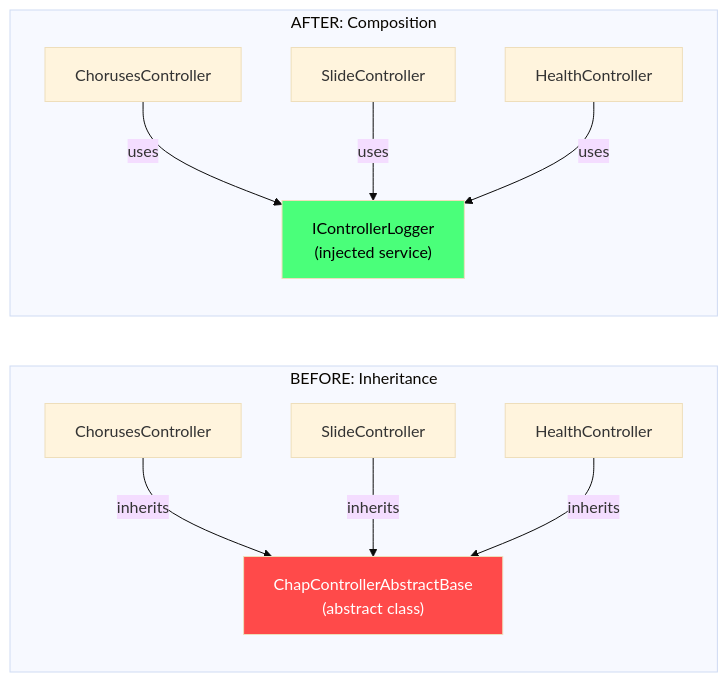
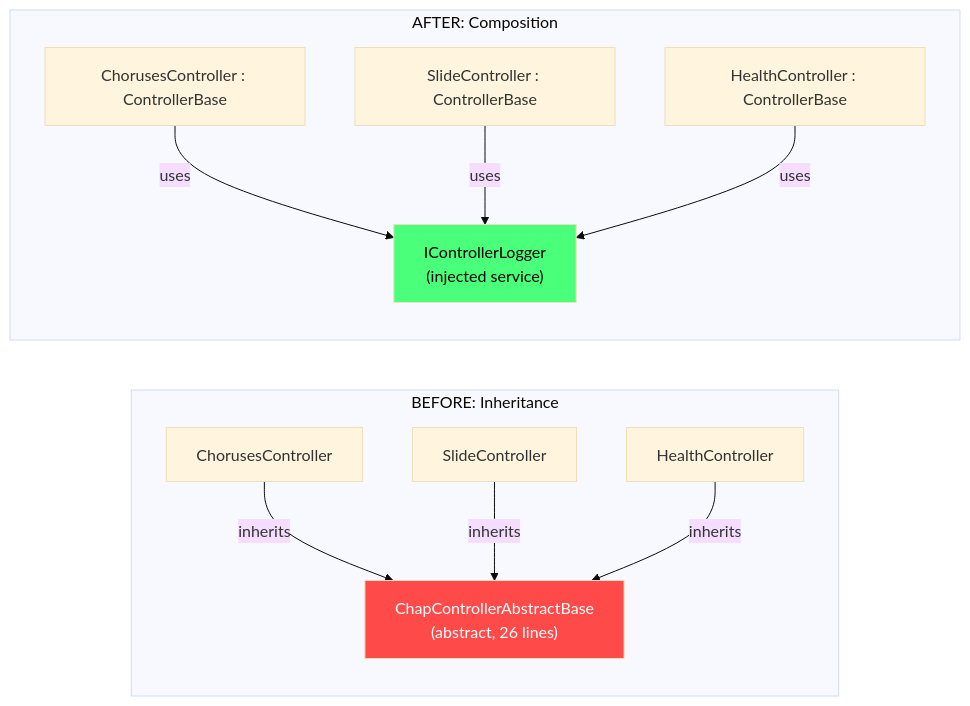
The ninth of 11 diagrams in .work/REFACTORING_PLAN.md (loganventer/CHAP2), drawn with Mermaid (base theme) before and after one commit. The commit also changed other lines of this file and 24 other files, not shown here.

````diff
--- a/.work/REFACTORING_PLAN.md
+++ b/.work/REFACTORING_PLAN.md
@@ -411,19 +421,19 @@
 ```mermaid
 graph LR
     subgraph "BEFORE: Inheritance"
-        BASE["ChapControllerAbstractBase<br/>(abstract class)"]
+        BASE["ChapControllerAbstractBase<br/>(abstract, 26 lines)"]
         C1["ChorusesController"] -->|inherits| BASE
         C2["SlideController"] -->|inherits| BASE
         C3["HealthController"] -->|inherits| BASE
     end
 
     subgraph "AFTER: Composition"
         CL["IControllerLogger<br/>(injected service)"]
-        C4["ChorusesController"] -->|uses| CL
-        C5["SlideController"] -->|uses| CL
-        C6["HealthController"] -->|uses| CL
+        C4["ChorusesController : ControllerBase"] -->|uses| CL
+        C5["SlideController : ControllerBase"] -->|uses| CL
+        C6["HealthController : ControllerBase"] -->|uses| CL
     end
 
     style BASE fill:#ff4a4a,color:#fff
     style CL fill:#4aff7a,color:#000
 ```
````
